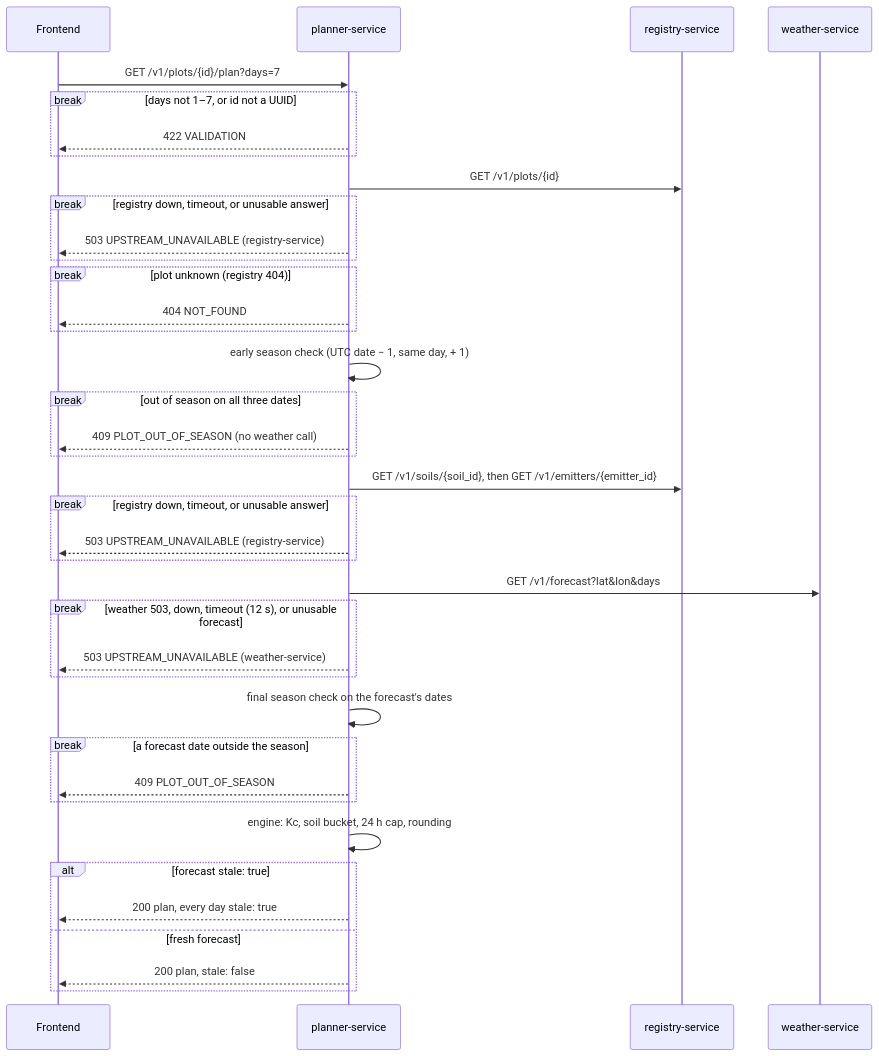
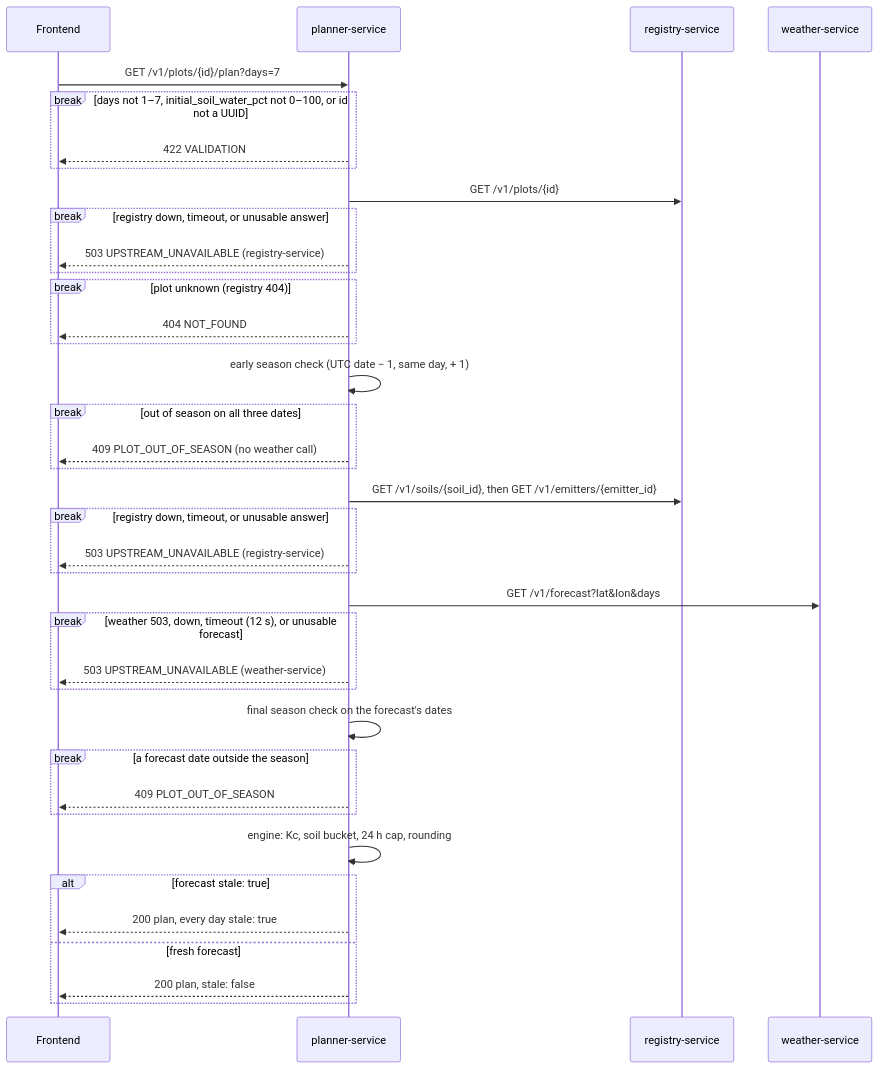
Before and after one commit to NoamKB/ArgoPilot: the diagram in services/planner-service/README.md, drawn with Mermaid. The commit also changed other lines of this file and 4 other files, not shown here.

````diff
--- a/services/planner-service/README.md
+++ b/services/planner-service/README.md
@@ -140,47 +145,47 @@
 ```mermaid
 sequenceDiagram
     participant F as Frontend
     participant P as planner-service
     participant R as registry-service
     participant W as weather-service
 
     F->>P: GET /v1/plots/{id}/plan?days=7
-    break days not 1–7, or id not a UUID
+    break days not 1–7, initial_soil_water_pct not 0–100, or id not a UUID
         P-->>F: 422 VALIDATION
     end
 
     P->>R: GET /v1/plots/{id}
     break registry down, timeout, or unusable answer
         P-->>F: 503 UPSTREAM_UNAVAILABLE (registry-service)
     end
     break plot unknown (registry 404)
         P-->>F: 404 NOT_FOUND
     end
 
     P->>P: early season check (UTC date − 1, same day, + 1)
     break out of season on all three dates
         P-->>F: 409 PLOT_OUT_OF_SEASON (no weather call)
     end
 
     P->>R: GET /v1/soils/{soil_id}, then GET /v1/emitters/{emitter_id}
     break registry down, timeout, or unusable answer
         P-->>F: 503 UPSTREAM_UNAVAILABLE (registry-service)
     end
 
     P->>W: GET /v1/forecast?lat&lon&days
     break weather 503, down, timeout (12 s), or unusable forecast
         P-->>F: 503 UPSTREAM_UNAVAILABLE (weather-service)
     end
 
     P->>P: final season check on the forecast's dates
     break a forecast date outside the season
         P-->>F: 409 PLOT_OUT_OF_SEASON
     end
 
     P->>P: engine: Kc, soil bucket, 24 h cap, rounding
     alt forecast stale: true
         P-->>F: 200 plan, every day stale: true
     else fresh forecast
         P-->>F: 200 plan, stale: false
     end
 ```
````
